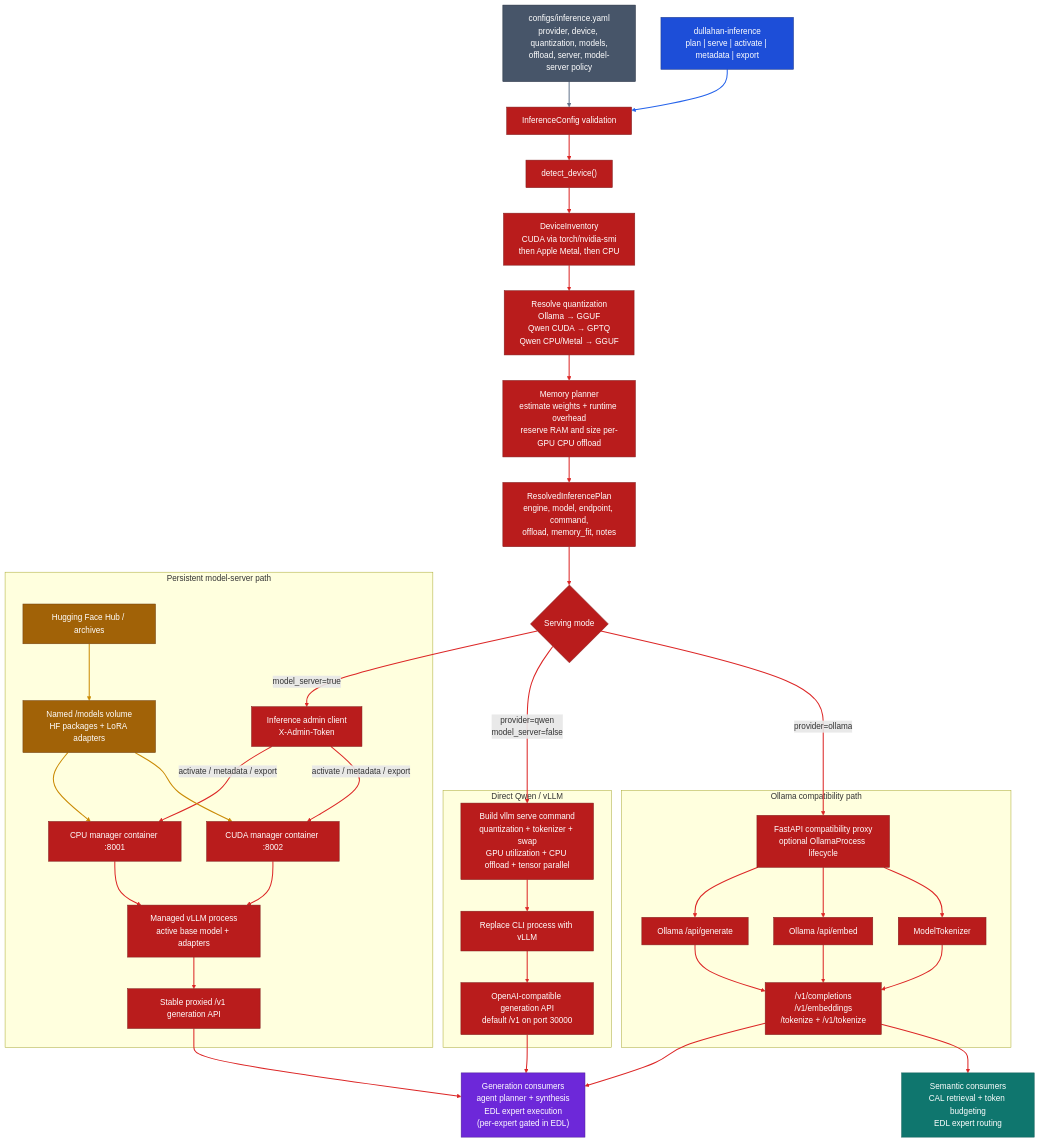
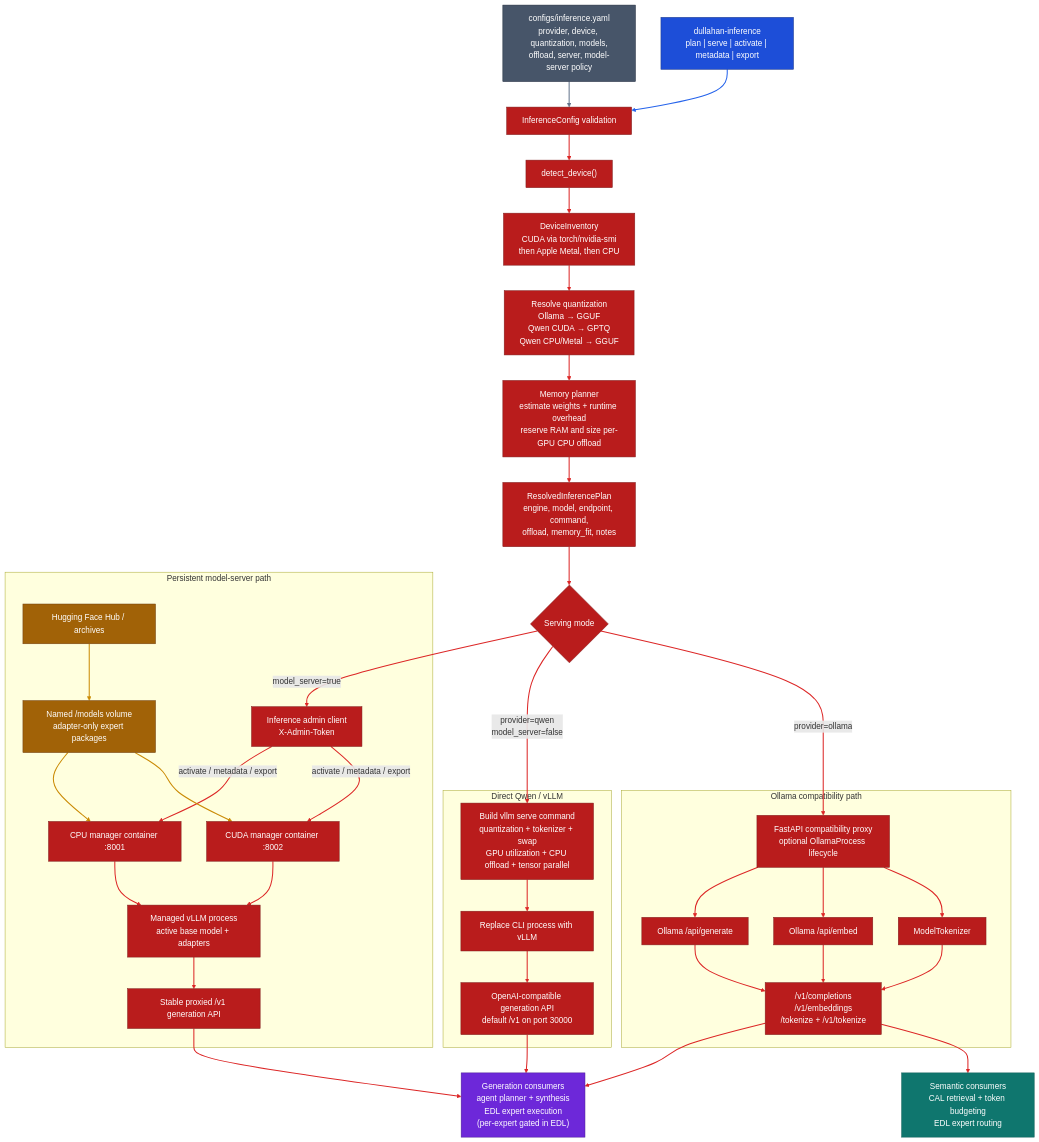
The third of 4 diagrams in README.md (ForestDweller014/Dullahan), drawn with Mermaid before and after one commit. The commit also changed other lines of this file, not shown here.

First line of the commit message:
docs: Tell Dullahan architecture story

````diff
--- a/README.md
+++ b/README.md
@@ -180,81 +312,81 @@
 ```mermaid
 flowchart TB
     Config["configs/inference.yaml<br/>provider, device, quantization, models,<br/>offload, server, model-server policy"] --> Load["InferenceConfig validation"]
     Command["dullahan-inference<br/>plan | serve | activate | metadata | export"] --> Load
     Load --> Detect["detect_device()"]
     Detect --> Inventory["DeviceInventory<br/>CUDA via torch/nvidia-smi<br/>then Apple Metal, then CPU"]
     Inventory --> Quantize["Resolve quantization<br/>Ollama → GGUF<br/>Qwen CUDA → GPTQ<br/>Qwen CPU/Metal → GGUF"]
     Quantize --> Memory["Memory planner<br/>estimate weights + runtime overhead<br/>reserve RAM and size per-GPU CPU offload"]
     Memory --> Plan["ResolvedInferencePlan<br/>engine, model, endpoint, command,<br/>offload, memory_fit, notes"]
     Plan --> Fit{"Serving mode"}
 
     subgraph Direct["Direct Qwen / vLLM"]
         VllmCommand["Build vllm serve command<br/>quantization + tokenizer + swap<br/>GPU utilization + CPU offload + tensor parallel"]
         VllmProcess["Replace CLI process with vLLM"]
         VllmApi["OpenAI-compatible generation API<br/>default /v1 on port 30000"]
         VllmCommand --> VllmProcess
         VllmProcess --> VllmApi
     end
 
     subgraph OllamaPath["Ollama compatibility path"]
         OllamaApp["FastAPI compatibility proxy<br/>optional OllamaProcess lifecycle"]
         OllamaGenerate["Ollama /api/generate"]
         OllamaEmbed["Ollama /api/embed"]
         NativeTokenizer["ModelTokenizer"]
         OllamaApi["/v1/completions<br/>/v1/embeddings<br/>/tokenize + /v1/tokenize"]
         OllamaApp --> OllamaGenerate
         OllamaApp --> OllamaEmbed
         OllamaApp --> NativeTokenizer
         OllamaGenerate --> OllamaApi
         OllamaEmbed --> OllamaApi
         NativeTokenizer --> OllamaApi
     end
 
     subgraph Managed["Persistent model-server path"]
         AdminClient["Inference admin client<br/>X-Admin-Token"]
         CpuManager["CPU manager container :8001"]
         CudaManager["CUDA manager container :8002"]
-        ModelStore["Named /models volume<br/>HF packages + LoRA adapters"]
+        ModelStore["Named /models volume<br/>adapter-only expert packages"]
         HfHub["Hugging Face Hub / archives"]
         ManagedVllm["Managed vLLM process<br/>active base model + adapters"]
         StableApi["Stable proxied /v1 generation API"]
         AdminClient -->|"activate / metadata / export"| CpuManager
         AdminClient -->|"activate / metadata / export"| CudaManager
         HfHub --> ModelStore
         ModelStore --> CpuManager
         ModelStore --> CudaManager
         CpuManager --> ManagedVllm
         CudaManager --> ManagedVllm
         ManagedVllm --> StableApi
     end
 
     Fit -->|"provider=qwen<br/>model_server=false"| VllmCommand
     Fit -->|"provider=ollama"| OllamaApp
     Fit -->|"model_server=true"| AdminClient
 
     GenerationConsumers["Generation consumers<br/>agent planner + synthesis<br/>EDL expert execution<br/>(per-expert gated in EDL)"]
     SemanticConsumers["Semantic consumers<br/>CAL retrieval + token budgeting<br/>EDL expert routing"]
     VllmApi --> GenerationConsumers
     StableApi --> GenerationConsumers
     OllamaApi --> GenerationConsumers
     OllamaApi --> SemanticConsumers
 
     class Config foundationLayer
     class Command integrationLayer
     class Load,Detect,Inventory,Quantize,Memory,Plan,Fit,VllmCommand,VllmProcess,VllmApi,OllamaApp,OllamaGenerate,OllamaEmbed,NativeTokenizer,OllamaApi,AdminClient,CpuManager,CudaManager,ManagedVllm,StableApi inferenceLayer
     class HfHub,ModelStore memoryLayer
     class GenerationConsumers orchestration
     class SemanticConsumers contextLayer
 
     classDef orchestration fill:#6D28D9,stroke:#4C1D95,color:#FFFFFF
     classDef contextLayer fill:#0F766E,stroke:#115E59,color:#FFFFFF
     classDef inferenceLayer fill:#B91C1C,stroke:#7F1D1D,color:#FFFFFF
     classDef memoryLayer fill:#A16207,stroke:#713F12,color:#FFFFFF
     classDef integrationLayer fill:#1D4ED8,stroke:#1E3A8A,color:#FFFFFF
     classDef foundationLayer fill:#475569,stroke:#1E293B,color:#FFFFFF
 
     linkStyle 0 stroke:#64748B,stroke-width:2px
     linkStyle 1 stroke:#2563EB,stroke-width:2px
     linkStyle 2,3,4,5,6,7,8,9,10,11,12,13,14,15,16,17,21,22,23,24,25,26,27,28,29,30 stroke:#DC2626,stroke-width:2px
     linkStyle 18,19,20 stroke:#CA8A04,stroke-width:2px
 ```
````
